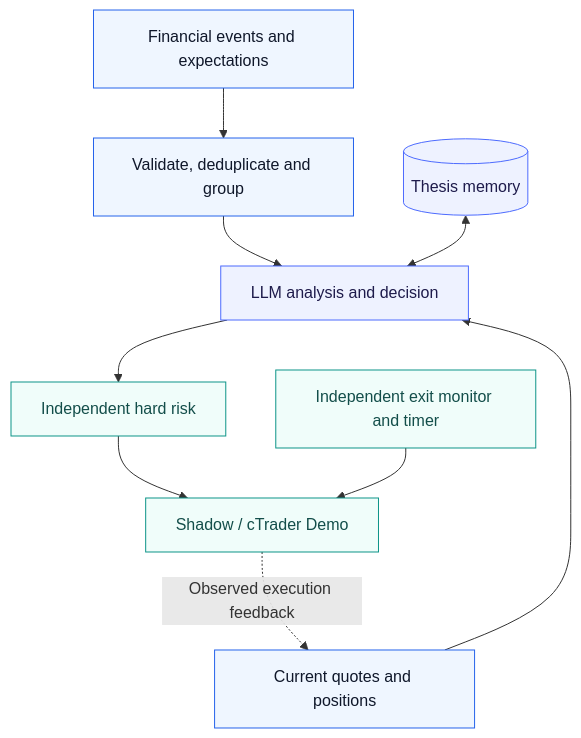
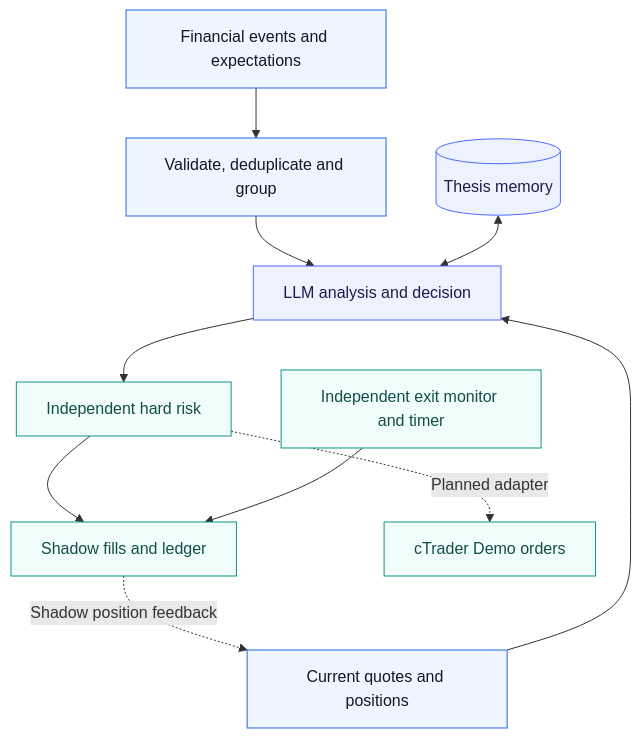
One commit to lohis-aimbot/eventlens changed the diagram in README.md. Above: the diagram before and after it, drawn with Mermaid. The commit also changed other lines of this file, not shown here.

Commit message:
docs: refresh README evidence and clarify Shadow acceptance boundaries

````diff
--- a/README.md
+++ b/README.md
@@ -47,18 +47,19 @@
 ```mermaid
 flowchart TD
     Events["Financial events and expectations"] --> Filter["Validate, deduplicate and group"]
     Filter --> Agent["LLM analysis and decision"]
     Memory[("Thesis memory")] <--> Agent
     Context["Current quotes and positions"] --> Agent
     Agent --> Risk["Independent hard risk"]
-    Risk --> Execute["Shadow / cTrader Demo"]
+    Risk --> Execute["Shadow fills and ledger"]
+    Risk -. "Planned adapter" .-> Broker["cTrader Demo orders"]
     Exit["Independent exit monitor and timer"] --> Execute
-    Execute -. "Observed execution feedback" .-> Context
+    Execute -. "Shadow position feedback" .-> Context
 
     classDef input fill:#EFF6FF,stroke:#2563EB,color:#0F172A;
     classDef reasoning fill:#EEF2FF,stroke:#4D6BFE,color:#1E1B4B;
     classDef control fill:#F0FDFA,stroke:#0D9488,color:#134E4A;
     class Events,Filter,Context input;
     class Agent,Memory reasoning;
-    class Risk,Exit,Execute control;
+    class Risk,Exit,Execute,Broker control;
 ```
````
